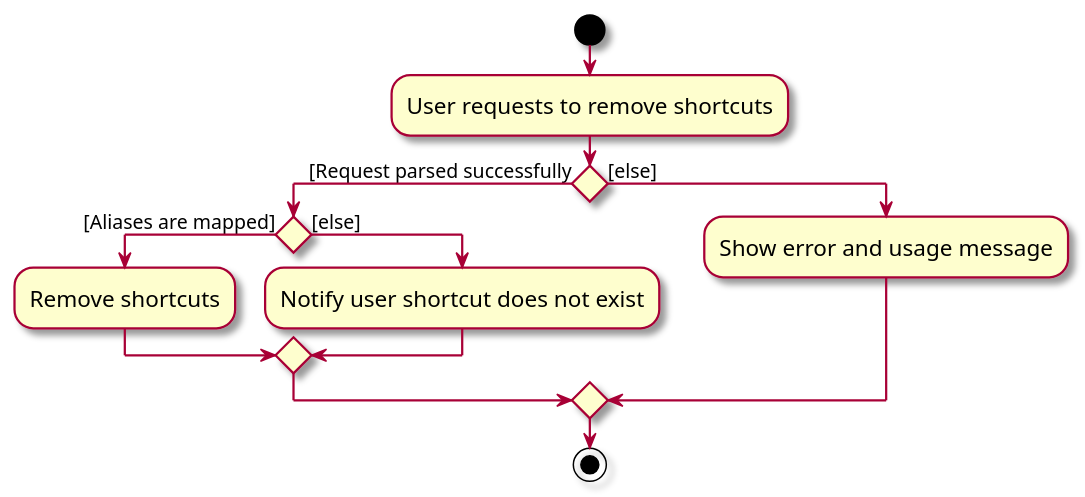
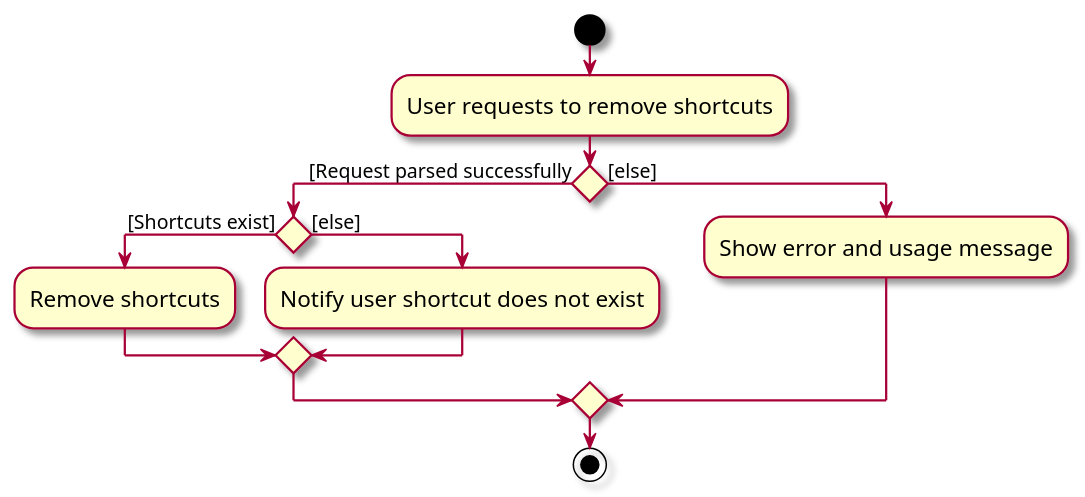
Before and after one commit to nus-cs2103-AY2324S1/tp: the diagram in docs/diagrams/DeleteShortcutActivityDiagram.puml, drawn with PlantUML. The commit also changed 1 other file, not shown here.

Commit message:
Amend activity diagrams

```diff
--- a/docs/diagrams/DeleteShortcutActivityDiagram.puml
+++ b/docs/diagrams/DeleteShortcutActivityDiagram.puml
@@ -1,21 +1,21 @@
 @startuml
 skin rose
 skinparam ActivityFontSize 15
 skinparam ArrowFontSize 13
 start
 :User requests to remove shortcuts;
 
 'Since the beta syntax does not support placing the condition outside the
 'diamond we place it as the true branch instead.
 if () then ([Request parsed successfully)
-if () then ([Aliases are mapped])
+if () then ([Shortcuts exist])
     :Remove shortcuts;
 else ([else])
     :Notify user shortcut does not exist;
 endif
 else ([else])
     :Show error and usage message;
 endif
 
 stop
 @enduml
```
